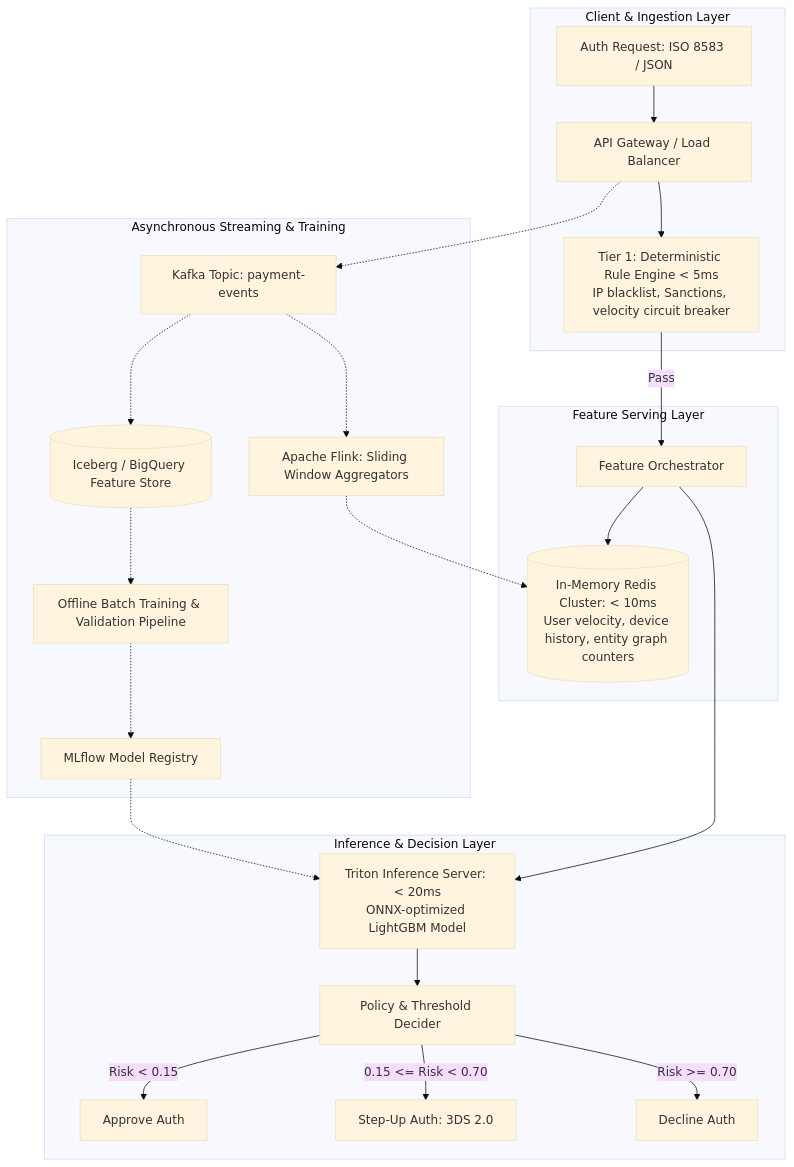
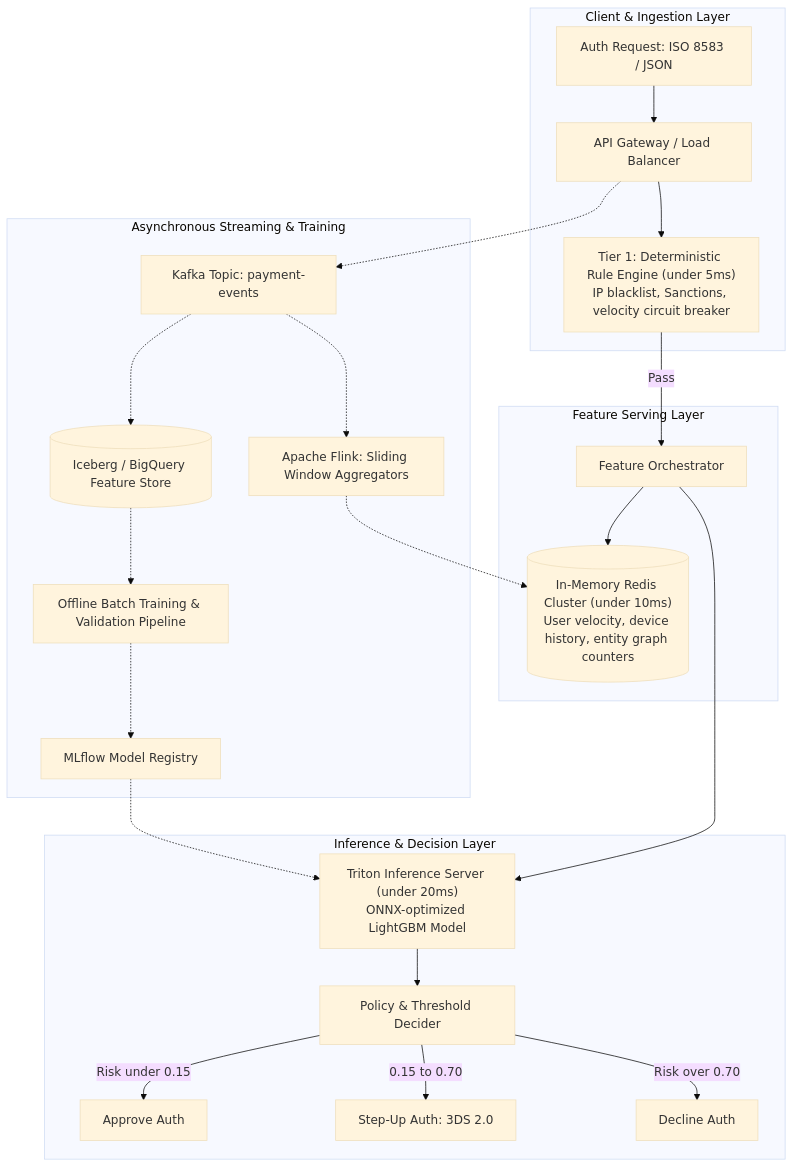
Before and after one commit to Realvincentyuan/fi_ds_interview_prep: the diagram in 06_case_studies/case_01_realtime_fraud_detection.md, drawn with Mermaid (base theme). The commit also changed 10 other files, not shown here.

Commit message:
Fix Mermaid diagram syntax and quote labels across all markdown files

````diff
--- a/06_case_studies/case_01_realtime_fraud_detection.md
+++ b/06_case_studies/case_01_realtime_fraud_detection.md
@@ -14,30 +14,30 @@
 ```mermaid
 flowchart TD
-    subgraph Client & Ingestion Layer
-        Txn[Auth Request: ISO 8583 / JSON] --> Edge[API Gateway / Load Balancer]
-        Edge --> RuleEngine[Tier 1: Deterministic Rule Engine < 5ms<br/>IP blacklist, Sanctions, velocity circuit breaker]
+    subgraph Ingestion ["Client & Ingestion Layer"]
+        Txn["Auth Request: ISO 8583 / JSON"] --> Edge["API Gateway / Load Balancer"]
+        Edge --> RuleEngine["Tier 1: Deterministic Rule Engine (under 5ms)<br/>IP blacklist, Sanctions, velocity circuit breaker"]
     end
 
-    subgraph Feature Serving Layer
-        RuleEngine -->|Pass| FeatureWorker[Feature Orchestrator]
-        FeatureWorker --> Cache[(In-Memory Redis Cluster: < 10ms<br/>User velocity, device history, entity graph counters)]
+    subgraph FeatureServing ["Feature Serving Layer"]
+        RuleEngine -->|"Pass"| FeatureWorker["Feature Orchestrator"]
+        FeatureWorker --> Cache[("In-Memory Redis Cluster (under 10ms)<br/>User velocity, device history, entity graph counters")]
     end
 
-    subgraph Inference & Decision Layer
-        FeatureWorker --> ModelService[Triton Inference Server: < 20ms<br/>ONNX-optimized LightGBM Model]
-        ModelService --> DecisionEngine[Policy & Threshold Decider]
-        DecisionEngine -->|Risk < 0.15| Approve[Approve Auth]
-        DecisionEngine -->|0.15 <= Risk < 0.70| Challenge[Step-Up Auth: 3DS 2.0]
-        DecisionEngine -->|Risk >= 0.70| Decline[Decline Auth]
+    subgraph InferenceDecision ["Inference & Decision Layer"]
+        FeatureWorker --> ModelService["Triton Inference Server (under 20ms)<br/>ONNX-optimized LightGBM Model"]
+        ModelService --> DecisionEngine["Policy & Threshold Decider"]
+        DecisionEngine -->|"Risk under 0.15"| Approve["Approve Auth"]
+        DecisionEngine -->|"0.15 to 0.70"| Challenge["Step-Up Auth: 3DS 2.0"]
+        DecisionEngine -->|"Risk over 0.70"| Decline["Decline Auth"]
     end
 
-    subgraph Asynchronous Streaming & Training
-        Edge -.-> Kafka[Kafka Topic: payment-events]
-        Kafka -.-> Flink[Apache Flink: Sliding Window Aggregators]
+    subgraph StreamingTraining ["Asynchronous Streaming & Training"]
+        Edge -.-> Kafka["Kafka Topic: payment-events"]
+        Kafka -.-> Flink["Apache Flink: Sliding Window Aggregators"]
         Flink -.-> Cache
-        Kafka -.-> Datalake[(Iceberg / BigQuery Feature Store)]
-        Datalake -.-> Retrain[Offline Batch Training & Validation Pipeline]
-        Retrain -.-> ModelRegistry[MLflow Model Registry]
+        Kafka -.-> Datalake[("Iceberg / BigQuery Feature Store")]
+        Datalake -.-> Retrain["Offline Batch Training & Validation Pipeline"]
+        Retrain -.-> ModelRegistry["MLflow Model Registry"]
         ModelRegistry -.-> ModelService
     end
 ```
````
